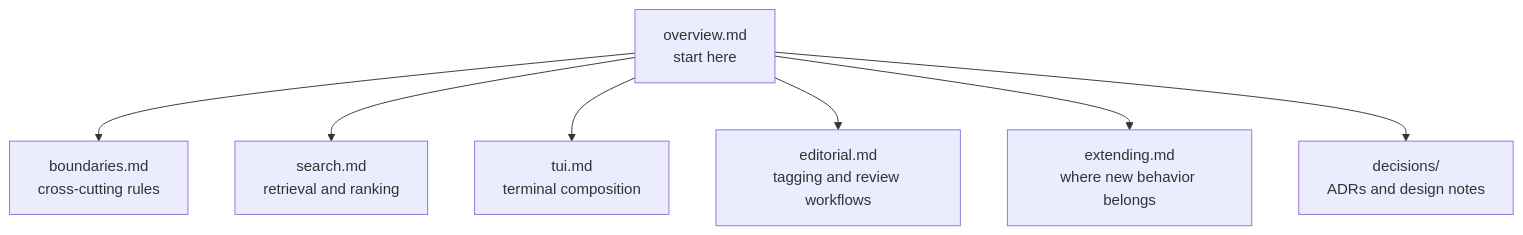
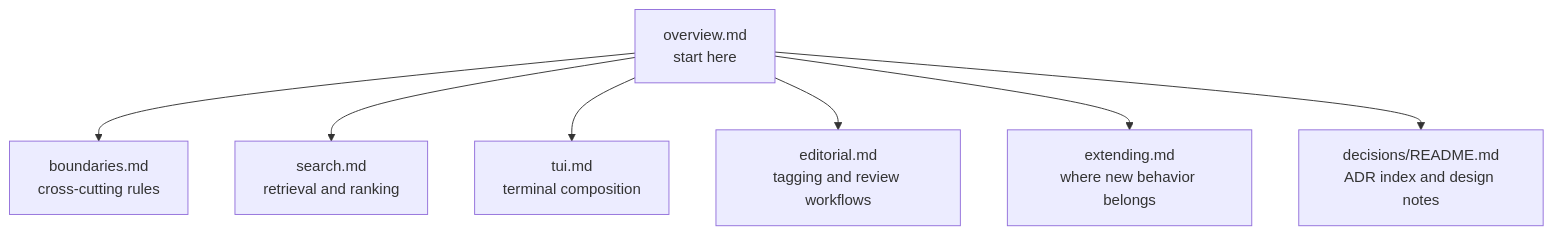
Before and after one commit to e-kosten/pf2e-atlas: the third of 3 diagrams in docs/architecture/overview.md, drawn with Mermaid. The commit also changed other lines of this file and 1 other file, not shown here.

First line of the commit message:
docs(architecture): add ADR index and refresh overview links

````diff
--- a/docs/architecture/overview.md
+++ b/docs/architecture/overview.md
@@ -283,9 +283,9 @@
 ```mermaid
 flowchart TD
     overview["overview.md<br/>start here"] --> boundaries["boundaries.md<br/>cross-cutting rules"]
     overview --> search["search.md<br/>retrieval and ranking"]
     overview --> tui["tui.md<br/>terminal composition"]
     overview --> editorial["editorial.md<br/>tagging and review workflows"]
     overview --> extending["extending.md<br/>where new behavior belongs"]
-    overview --> decisions["decisions/<br/>ADRs and design notes"]
+    overview --> decisions["decisions/README.md<br/>ADR index and design notes"]
 ```
````
